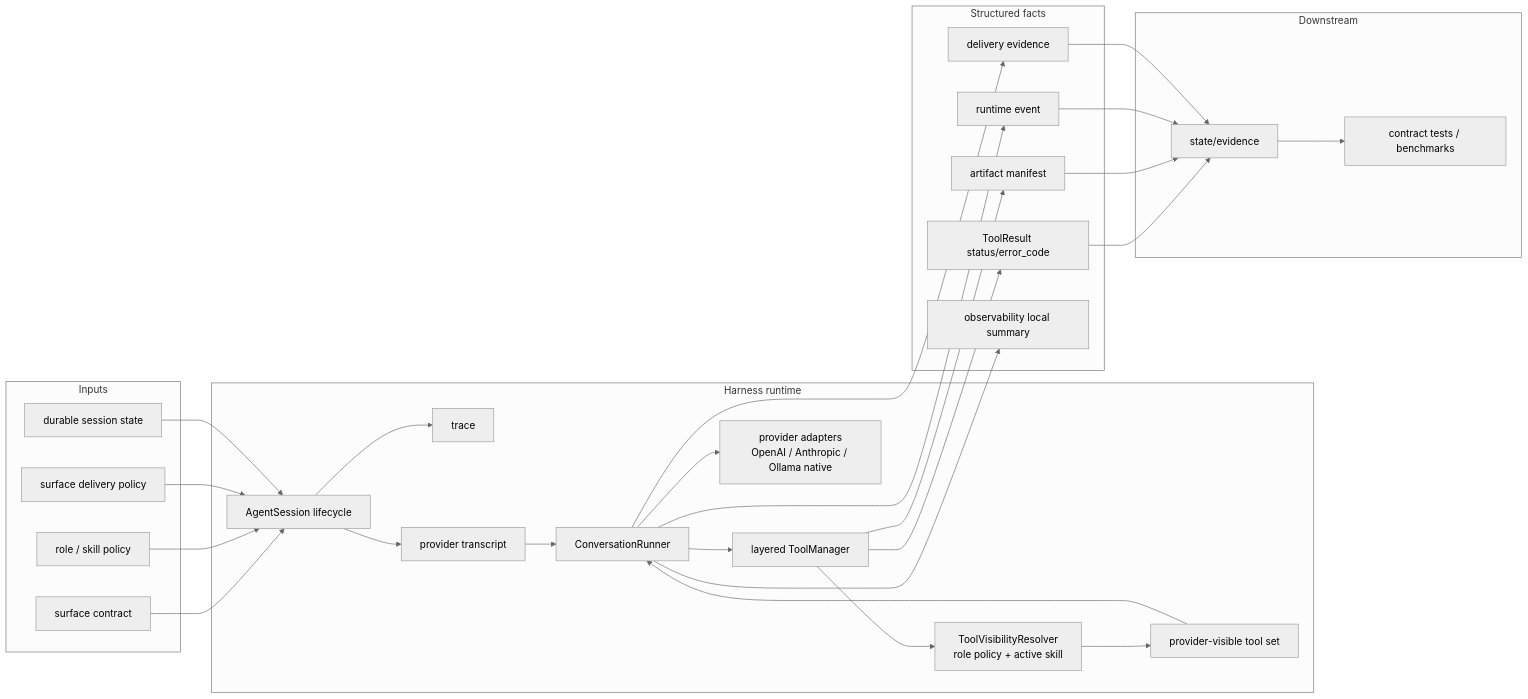
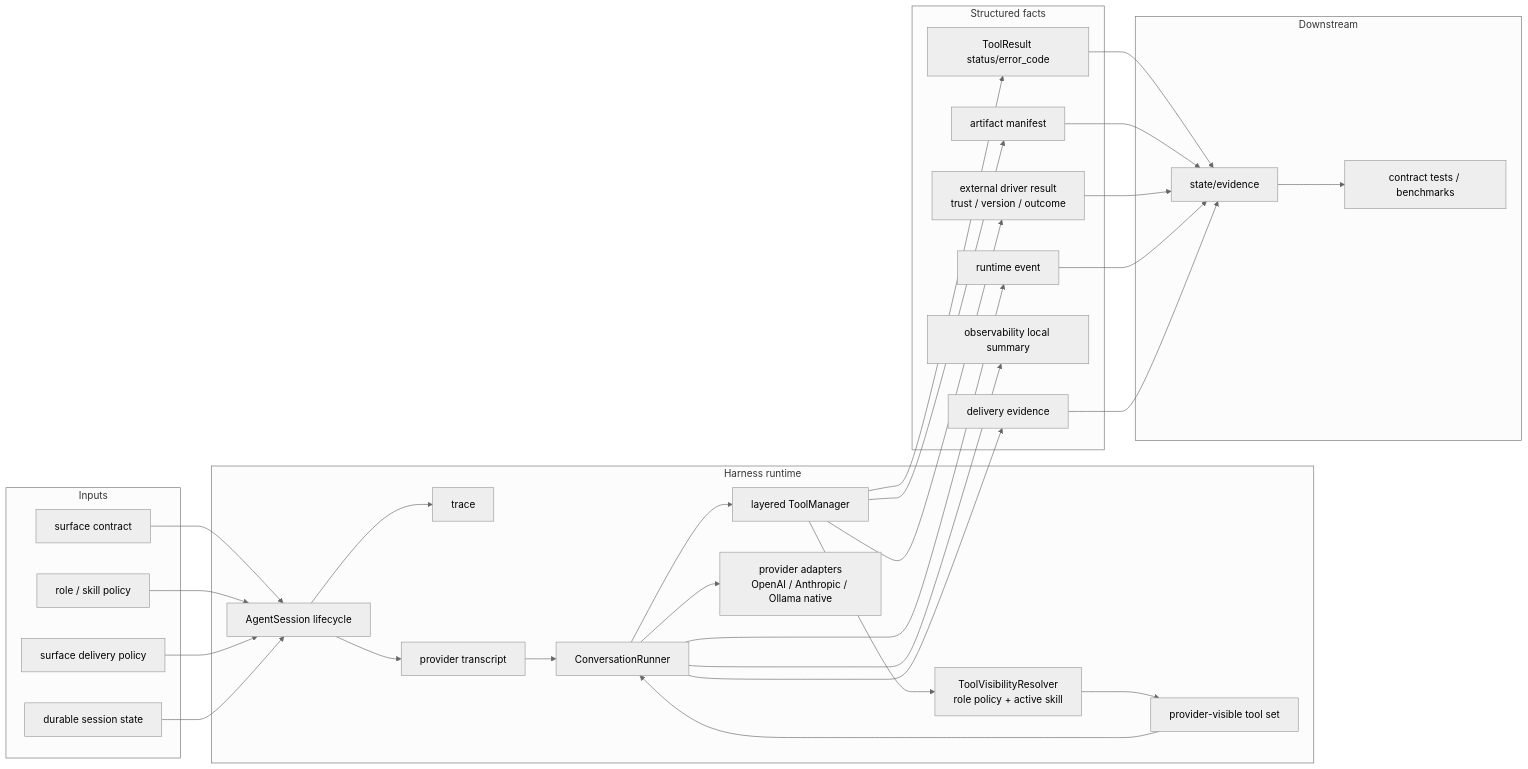
One commit to fightheyyy/XiaoBa-CLI changed the second of 2 diagrams in docs/agent-runtime/SPEC.md. Above: the diagram before and after it, drawn with Mermaid (neutral theme). The commit also changed other lines of this file and 149 other files, not shown here.

Commit message:
Consolidate seven-role runtime architecture

````diff
--- a/docs/agent-runtime/SPEC.md
+++ b/docs/agent-runtime/SPEC.md
@@ -105,56 +105,59 @@
 ```mermaid
 flowchart LR
     subgraph Inputs["Inputs"]
         Surface["surface contract"]
         Policy["role / skill policy"]
         SurfacePolicy["surface delivery policy"]
         Durable["durable session state"]
     end
 
     subgraph Harness["Harness runtime"]
         Session["AgentSession lifecycle"]
         Trace["trace"]
         Transcript["provider transcript"]
         Runner["ConversationRunner"]
         Tools["layered ToolManager"]
         Resolver["ToolVisibilityResolver<br/>role policy + active skill"]
         VisibleTools["provider-visible tool set"]
         Providers["provider adapters<br/>OpenAI / Anthropic / Ollama native"]
     end
 
     subgraph Facts["Structured facts"]
         ToolResult["ToolResult status/error_code"]
         Delivery["delivery evidence"]
         RuntimeEvent["runtime event"]
         Artifact["artifact manifest"]
         LocalSummary["observability local summary"]
+        DriverResult["external driver result<br/>trust / version / outcome"]
     end
 
     subgraph Downstream["Downstream"]
         Evidence["state/evidence"]
         Gates["contract tests / benchmarks"]
     end
 
     Surface --> Session
     Policy --> Session
     SurfacePolicy --> Session
     Durable --> Session
     Session --> Trace
     Session --> Transcript
     Transcript --> Runner
     Runner --> Providers
     Runner --> Tools
     Tools --> Resolver
     Resolver --> VisibleTools
     VisibleTools --> Runner
     Tools --> ToolResult
     Tools --> Artifact
+    Tools --> DriverResult
     Runner --> RuntimeEvent
     Runner --> Delivery
     Runner --> LocalSummary
     ToolResult --> Evidence
     Artifact --> Evidence
+    DriverResult --> Evidence
     RuntimeEvent --> Evidence
     Delivery --> Evidence
     Evidence --> Gates
 ```
````
